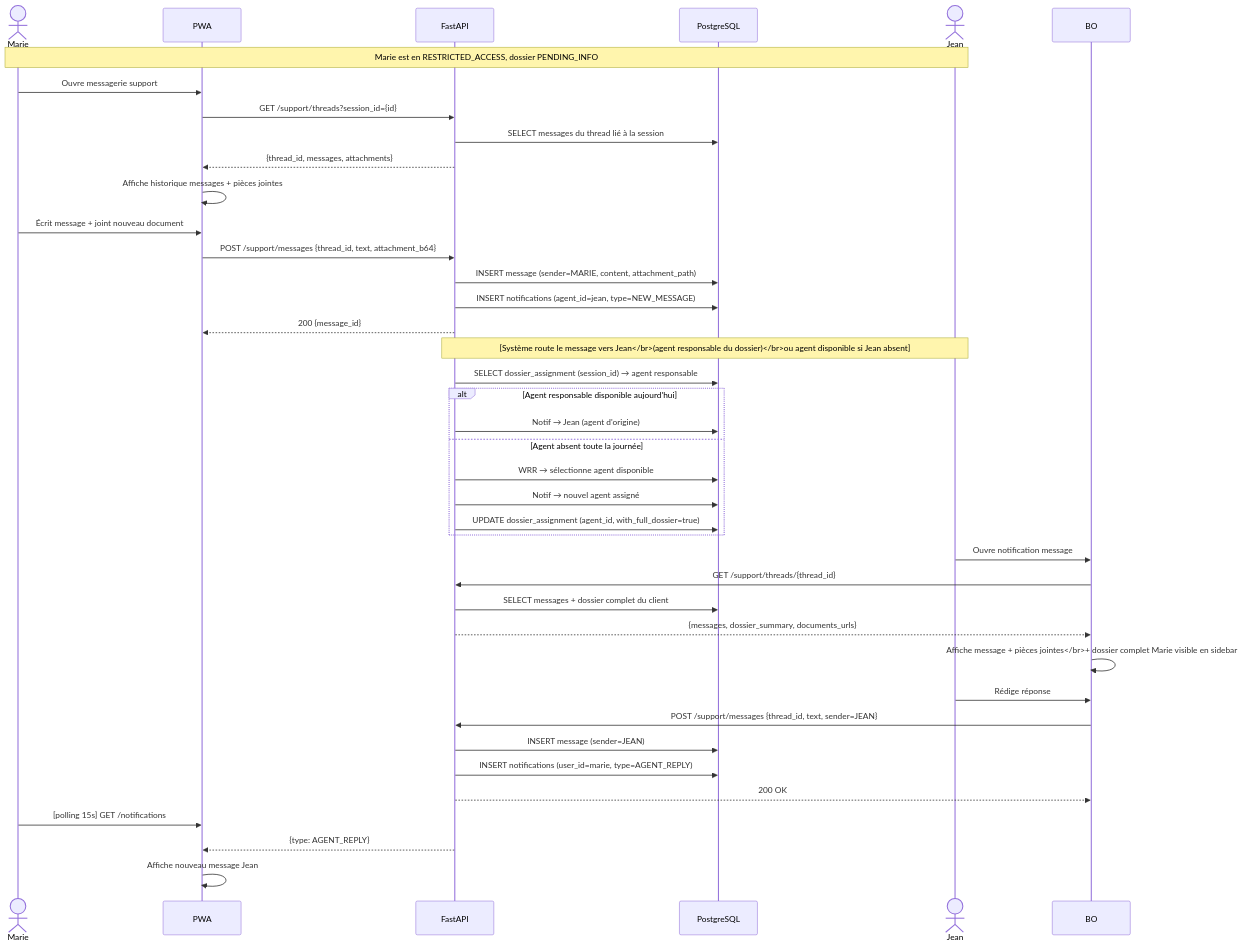
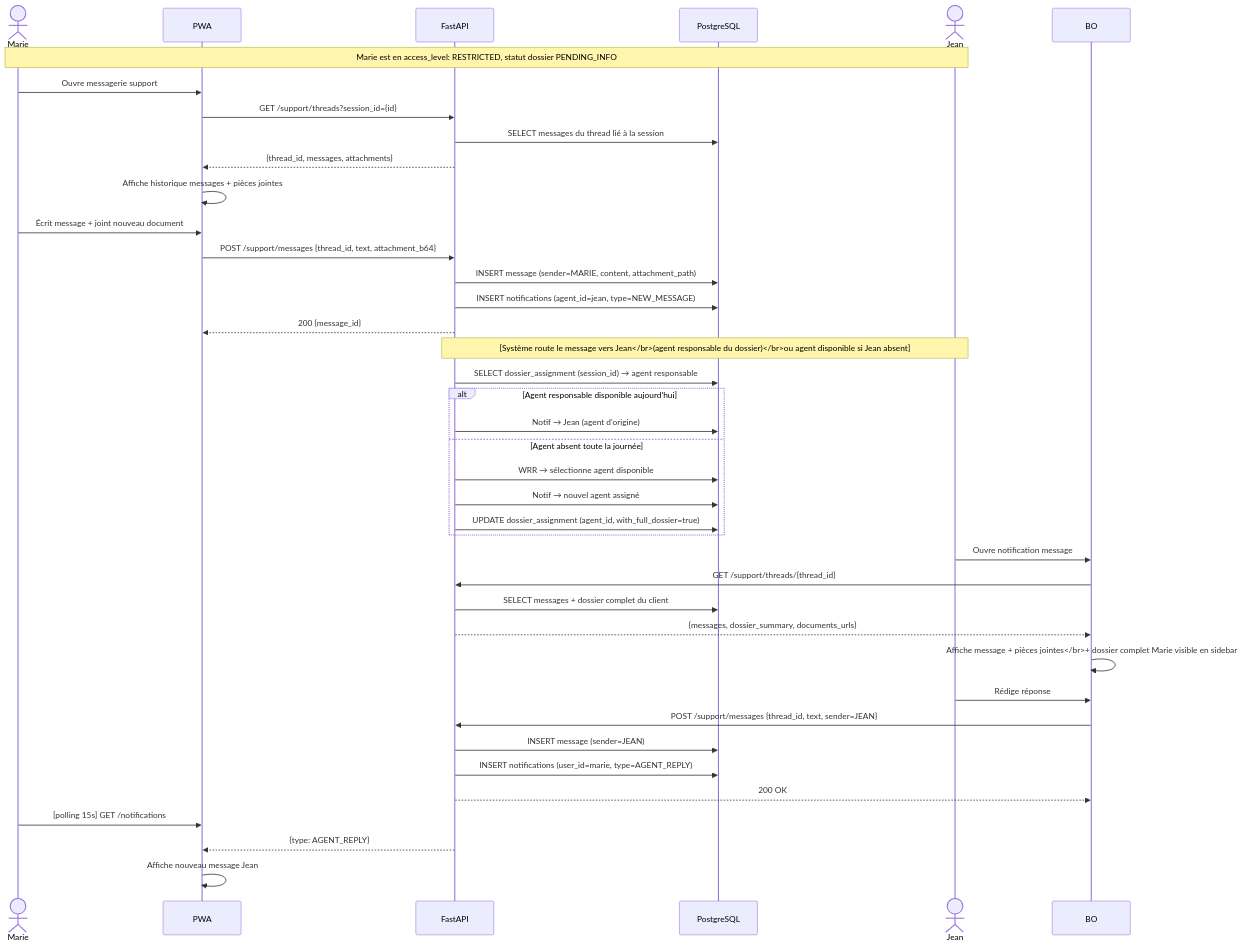
Diagram 11 of 18 in _bmad-output/planning-artifacts/architecture-bicec-veripass.md (Ken-Andre/bicec-veripass), drawn with Mermaid before and after one commit. The commit also changed other lines of this file, not shown here.

Commit message:
feat(architecture): add test strategy §18 and technical FAQ §19 sections with KYC terminology rules

````diff
--- a/_bmad-output/planning-artifacts/architecture-bicec-veripass.md
+++ b/_bmad-output/planning-artifacts/architecture-bicec-veripass.md
@@ -1009,49 +1029,49 @@
 ```mermaid
 sequenceDiagram
     actor Marie
     participant PWA
     participant API as FastAPI
     participant PG as PostgreSQL
     actor Jean
 
-    Note over Marie,Jean: Marie est en RESTRICTED_ACCESS, dossier PENDING_INFO
+    Note over Marie,Jean: Marie est en access_level: RESTRICTED, statut dossier PENDING_INFO
 
     Marie->>PWA: Ouvre messagerie support
     PWA->>API: GET /support/threads?session_id={id}
     API->>PG: SELECT messages du thread lié à la session
     API-->>PWA: {thread_id, messages, attachments}
     PWA->>PWA: Affiche historique messages + pièces jointes
 
     Marie->>PWA: Écrit message + joint nouveau document
     PWA->>API: POST /support/messages {thread_id, text, attachment_b64}
     API->>PG: INSERT message (sender=MARIE, content, attachment_path)
     API->>PG: INSERT notifications (agent_id=jean, type=NEW_MESSAGE)
     API-->>PWA: 200 {message_id}
 
     Note over API,Jean: [Système route le message vers Jean</br>(agent responsable du dossier)</br>ou agent disponible si Jean absent]
 
     API->>PG: SELECT dossier_assignment (session_id) → agent responsable
     alt Agent responsable disponible aujourd'hui
         API->>PG: Notif → Jean (agent d'origine)
     else Agent absent toute la journée
         API->>PG: WRR → sélectionne agent disponible
         API->>PG: Notif → nouvel agent assigné
         API->>PG: UPDATE dossier_assignment (agent_id, with_full_dossier=true)
     end
 
     Jean->>BO: Ouvre notification message
     BO->>API: GET /support/threads/{thread_id}
     API->>PG: SELECT messages + dossier complet du client
     API-->>BO: {messages, dossier_summary, documents_urls}
     BO->>BO: Affiche message + pièces jointes</br>+ dossier complet Marie visible en sidebar
 
     Jean->>BO: Rédige réponse
     BO->>API: POST /support/messages {thread_id, text, sender=JEAN}
     API->>PG: INSERT message (sender=JEAN)
     API->>PG: INSERT notifications (user_id=marie, type=AGENT_REPLY)
     API-->>BO: 200 OK
 
     Marie->>PWA: [polling 15s] GET /notifications
     API-->>PWA: {type: AGENT_REPLY}
     PWA->>PWA: Affiche nouveau message Jean
 ```
````
